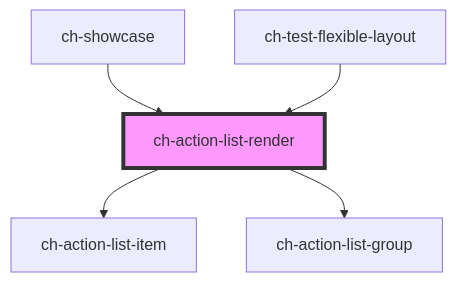
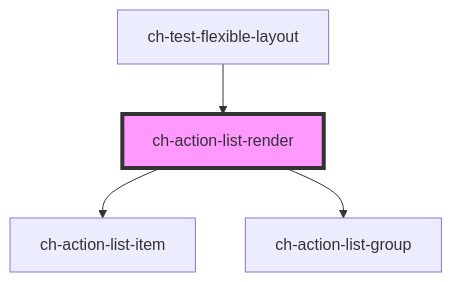
The diagram in src/components/action-list/readme.md (genexuslabs/chameleon-controls-library), drawn with Mermaid before and after one commit. The commit also changed other lines of this file and 25 other files, not shown here.

````diff
--- a/src/components/action-list/readme.md
+++ b/src/components/action-list/readme.md
@@ -131,8 +131,7 @@
 ```mermaid
 graph TD;
   ch-action-list-render --> ch-action-list-item
   ch-action-list-render --> ch-action-list-group
-  ch-showcase --> ch-action-list-render
   ch-test-flexible-layout --> ch-action-list-render
   style ch-action-list-render fill:#f9f,stroke:#333,stroke-width:4px
 ```
````
